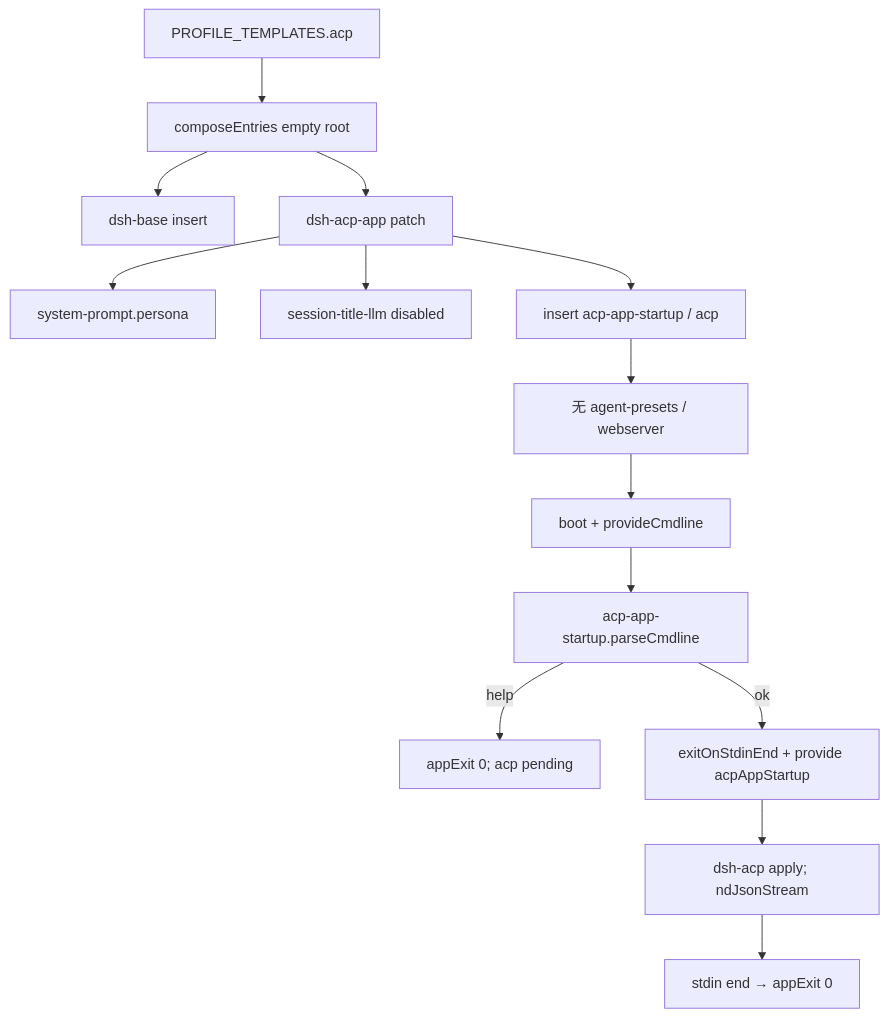
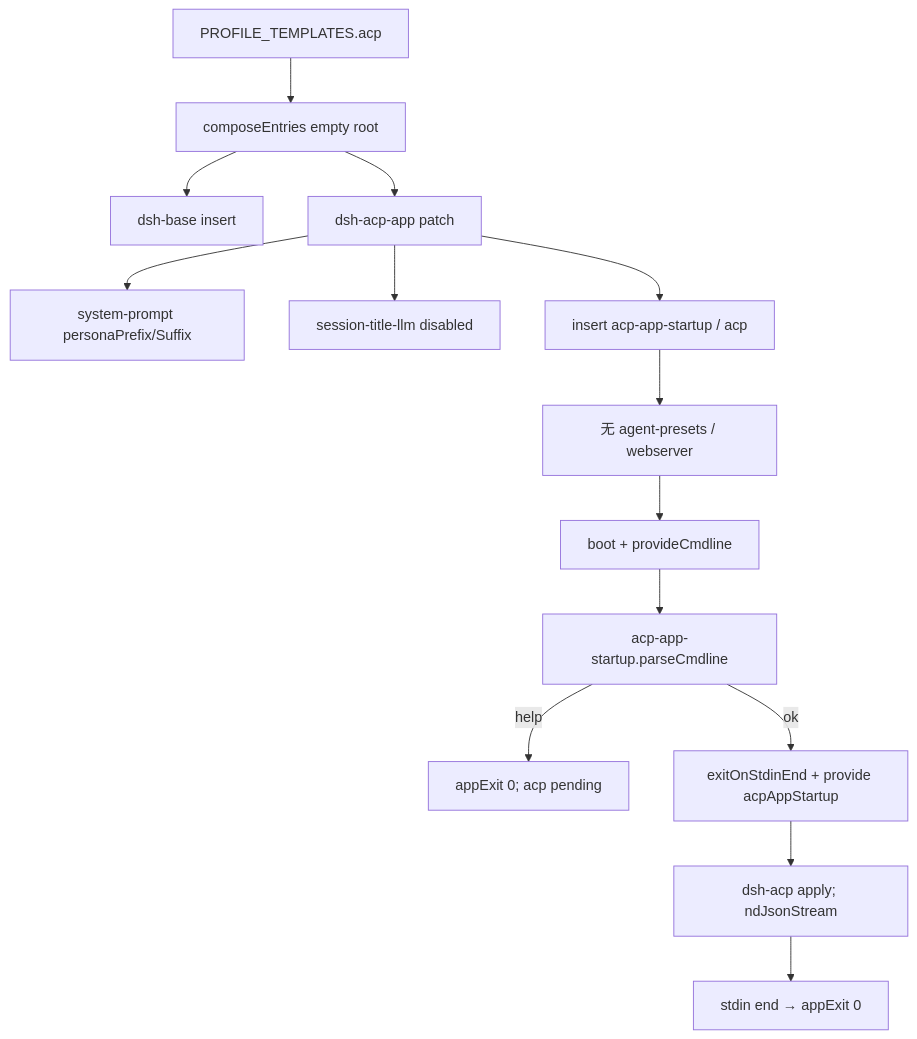
Before and after one commit to wdnmdtonyma/SOTA-Agent-LLM-Wiki: the diagram in docs/llm-wiki/deepseek-harness/subsystems/composition/bundle-acp-app.md, drawn with Mermaid. The commit also changed other lines of this file and 219 other files, not shown here.

````diff
--- a/docs/llm-wiki/deepseek-harness/subsystems/composition/bundle-acp-app.md
+++ b/docs/llm-wiki/deepseek-harness/subsystems/composition/bundle-acp-app.md
@@ -101,16 +101,16 @@
 ```mermaid
 flowchart TD
   tmpl["PROFILE_TEMPLATES.acp"] --> compose["composeEntries empty root"]
   compose --> base["dsh-base insert"]
   compose --> overlay["dsh-acp-app patch"]
-  overlay --> persona["system-prompt.persona"]
+  overlay --> persona["system-prompt personaPrefix/Suffix"]
   overlay --> titleOff["session-title-llm disabled"]
   overlay --> insert2["insert acp-app-startup / acp"]
   insert2 --> noRoster["无 agent-presets / webserver"]
   noRoster --> boot["boot + provideCmdline"]
   boot --> startup["acp-app-startup.parseCmdline"]
   startup -->|help| early["appExit 0; acp pending"]
   startup -->|ok| provide["exitOnStdinEnd + provide acpAppStartup"]
   provide --> acp["dsh-acp apply; ndJsonStream"]
   acp --> eof["stdin end → appExit 0"]
 ```
````
